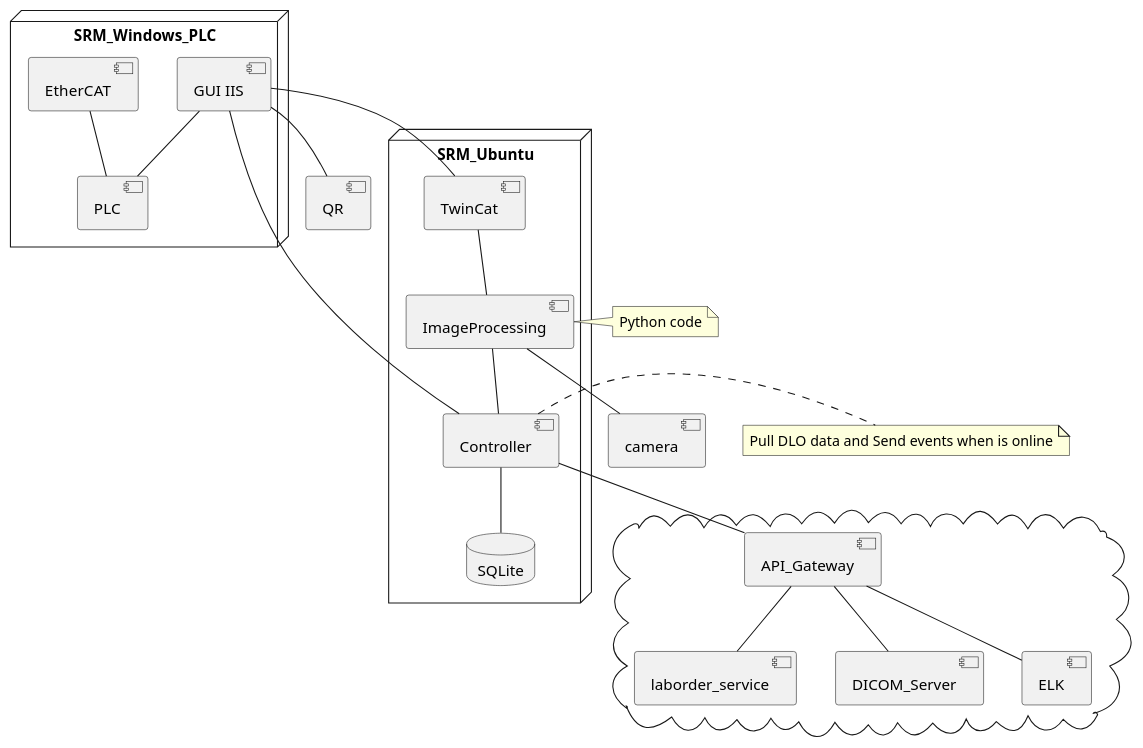
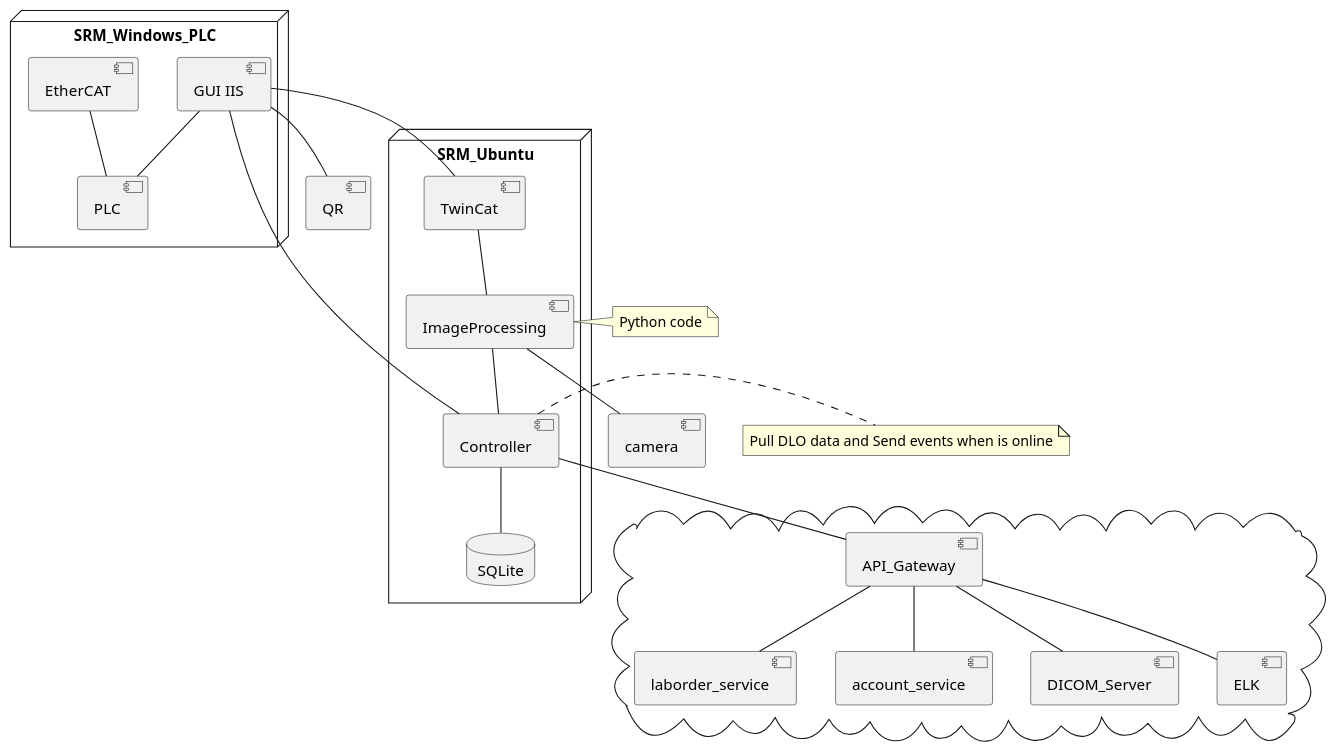
One commit to Qojgjg/playing-java-quarkus-mono changed the diagram in srm/src/plantuml/srm_components_proposal.puml. Above: the diagram before and after it, drawn with PlantUML. The commit also changed 7 other files, not shown here.

```diff
--- a/srm/src/plantuml/srm_components_proposal.puml
+++ b/srm/src/plantuml/srm_components_proposal.puml
@@ -1,41 +1,43 @@
 @startuml
 
 node SRM_Ubuntu{
 
       [TwinCat]
       [ImageProcessing]
        [Controller]
     database SQLite    
 }
 
 node SRM_Windows_PLC {
      [GUI IIS]
           [EtherCAT]
      [PLC]
 }
 
 note right of Controller : Pull DLO data and Send events when is online
 
 note right of ImageProcessing : Python code
 
 cloud {
-     [API_Gateway]
+    [API_Gateway]
     [laborder_service]
+    [account_service]
     [DICOM_Server]
     [ELK]
 }
 
 [EtherCAT]--[PLC]
 [GUI IIS]--[PLC]
 [GUI IIS]--[TwinCat]
 [GUI IIS]--[QR]
 [GUI IIS]--[Controller]
 [TwinCat]--[ImageProcessing]
 [ImageProcessing] -- [Controller]
 [ImageProcessing] -- [camera]
 [Controller]--[SQLite]
 [Controller]--[API_Gateway]
 [API_Gateway]--[DICOM_Server]
+[API_Gateway]--[account_service]
 [API_Gateway]--[laborder_service]
 [API_Gateway]--[ELK]
 @enduml
```
